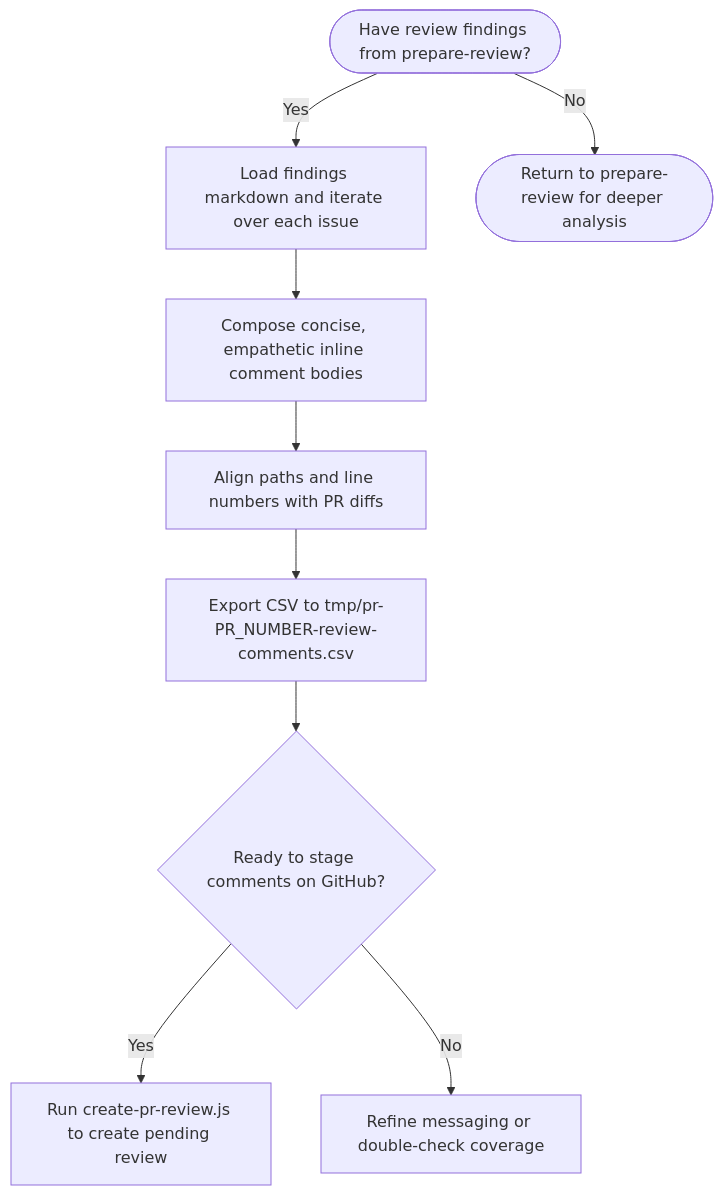
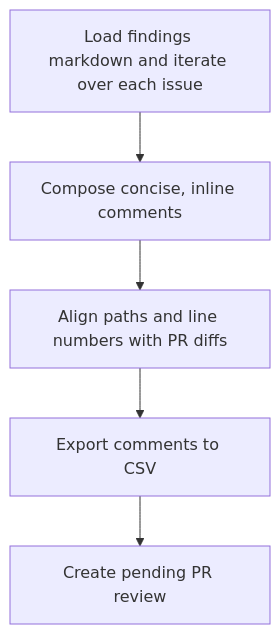
One commit to mkaczkowski/ai-command-library changed the fourth of 6 diagrams in README.md. Above: the diagram before and after it, drawn with Mermaid. The commit also changed other lines of this file, not shown here.

Commit message:
docs: enhance flowcharts in README.md for clarity and readability

````diff
--- a/README.md
+++ b/README.md
@@ -130,11 +129,8 @@
 ```mermaid
 flowchart TD
-    Input([Have review findings from prepare-review?]) -->|Yes| Parse[Load findings markdown and iterate over each issue]
-    Parse --> Craft[Compose concise, empathetic inline comment bodies]
+    Parse[Load findings markdown and iterate over each issue]
+    Parse --> Craft[Compose concise, inline comments]
     Craft --> Map[Align paths and line numbers with PR diffs]
-    Map --> Export[Export CSV to tmp/pr-PR_NUMBER-review-comments.csv]
-    Export --> Submit{Ready to stage comments on GitHub?}
-    Submit -->|Yes| RunScript[Run create-pr-review.js to create pending review]
-    Submit -->|No| Polish[Refine messaging or double-check coverage]
-    Input -->|No| Plan([Return to prepare-review for deeper analysis])
+    Map --> Export[Export comments to CSV]
+    Export --> RunScript[Create pending PR review]
 ```
````
